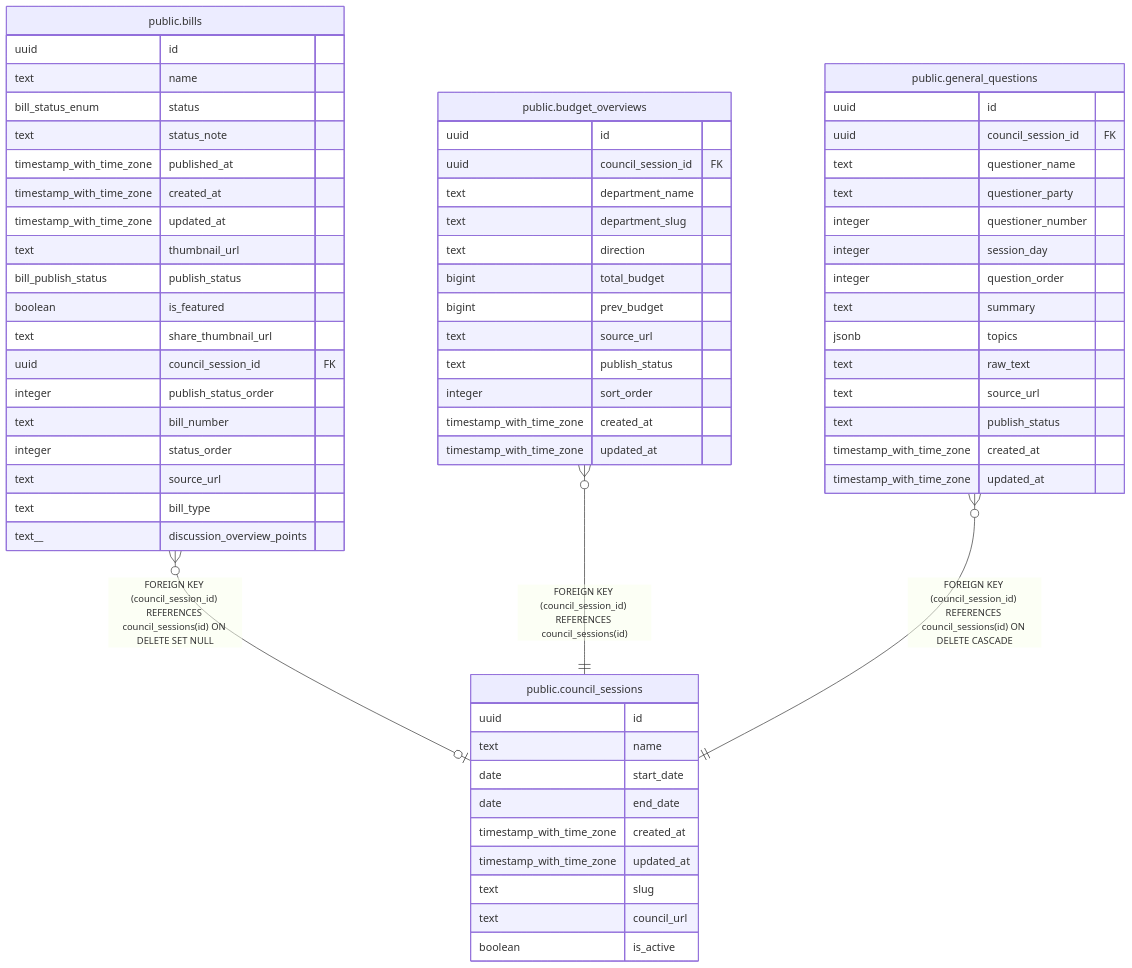
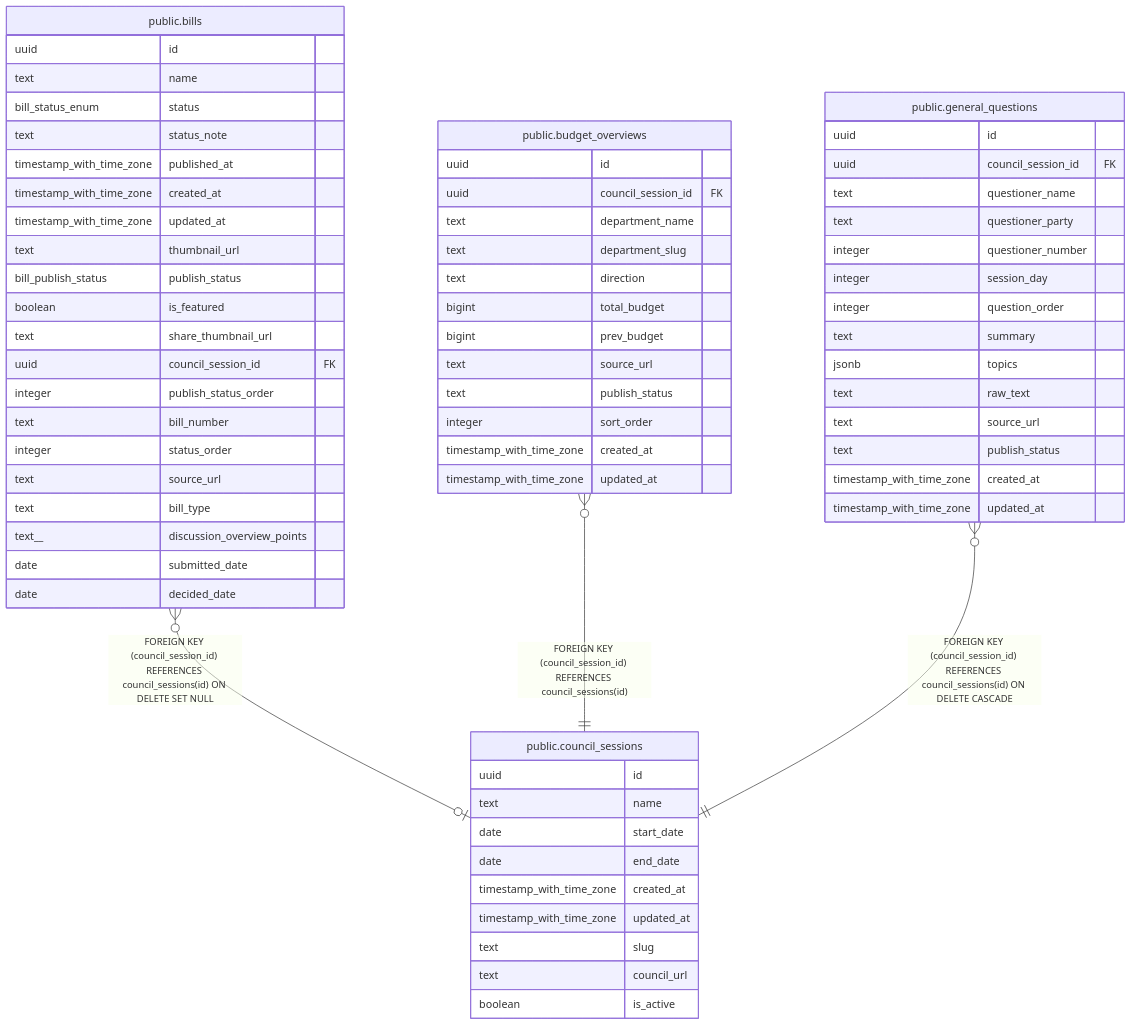
The diagram in docs/schema/public.council_sessions.md (s-takahashi-hokkaido/dejimin-gikai), drawn with Mermaid before and after one commit. The commit also changed 40 other files, not shown here.

````diff
--- a/docs/schema/public.council_sessions.md
+++ b/docs/schema/public.council_sessions.md
@@ -46,69 +46,71 @@
 ```mermaid
 erDiagram
 
 "public.bills" }o--o| "public.council_sessions" : "FOREIGN KEY (council_session_id) REFERENCES council_sessions(id) ON DELETE SET NULL"
 "public.budget_overviews" }o--|| "public.council_sessions" : "FOREIGN KEY (council_session_id) REFERENCES council_sessions(id)"
 "public.general_questions" }o--|| "public.council_sessions" : "FOREIGN KEY (council_session_id) REFERENCES council_sessions(id) ON DELETE CASCADE"
 
 "public.council_sessions" {
   uuid id
   text name
   date start_date
   date end_date
   timestamp_with_time_zone created_at
   timestamp_with_time_zone updated_at
   text slug
   text council_url
   boolean is_active
 }
 "public.bills" {
   uuid id
   text name
   bill_status_enum status
   text status_note
   timestamp_with_time_zone published_at
   timestamp_with_time_zone created_at
   timestamp_with_time_zone updated_at
   text thumbnail_url
   bill_publish_status publish_status
   boolean is_featured
   text share_thumbnail_url
   uuid council_session_id FK
   integer publish_status_order
   text bill_number
   integer status_order
   text source_url
   text bill_type
   text__ discussion_overview_points
+  date submitted_date
+  date decided_date
 }
 "public.budget_overviews" {
   uuid id
   uuid council_session_id FK
   text department_name
   text department_slug
   text direction
   bigint total_budget
   bigint prev_budget
   text source_url
   text publish_status
   integer sort_order
   timestamp_with_time_zone created_at
   timestamp_with_time_zone updated_at
 }
 "public.general_questions" {
   uuid id
   uuid council_session_id FK
   text questioner_name
   text questioner_party
   integer questioner_number
   integer session_day
   integer question_order
   text summary
   jsonb topics
   text raw_text
   text source_url
   text publish_status
   timestamp_with_time_zone created_at
   timestamp_with_time_zone updated_at
 }
 ```
````
